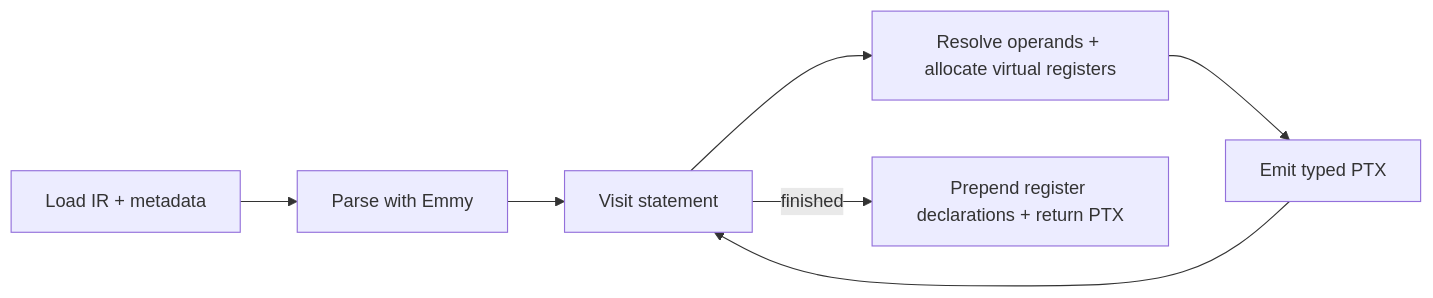
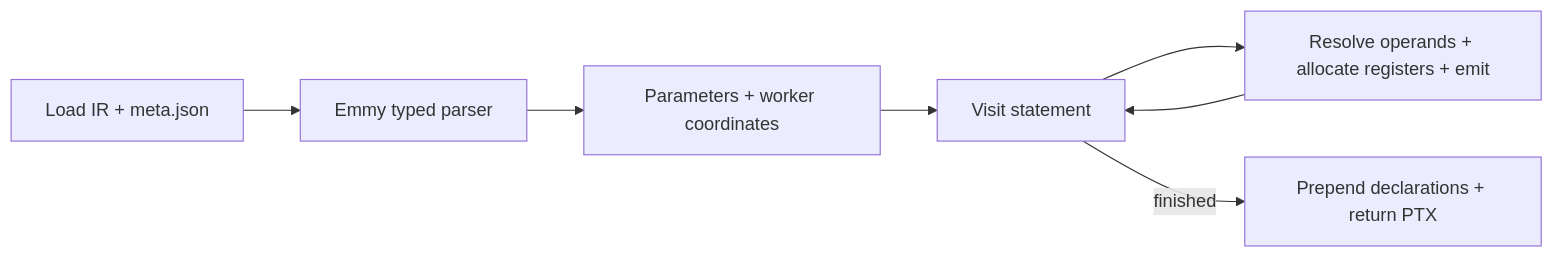
One commit to Ali-Nawed/emmy-ptx-compiler changed the second of 2 diagrams in COMPILER_WALKTHROUGH.md. Above: the diagram before and after it, drawn with Mermaid. The commit also changed other lines of this file and 11 other files, not shown here.

````diff
--- a/COMPILER_WALKTHROUGH.md
+++ b/COMPILER_WALKTHROUGH.md
@@ -43,9 +27,9 @@
 ```mermaid
 flowchart LR
-    A[Load IR + metadata] --> B[Parse with Emmy]
-    B --> C[Visit statement]
-    C --> D[Resolve operands + allocate virtual registers]
-    D --> G[Emit typed PTX]
-    G --> C
-    C -->|finished| E[Prepend register declarations + return PTX]
+    A[Load IR + meta.json] --> B[Emmy typed parser]
+    B --> C[Parameters + worker coordinates]
+    C --> D[Visit statement]
+    D --> E[Resolve operands + allocate registers + emit]
+    E --> D
+    D -->|finished| F[Prepend declarations + return PTX]
 ```
````
